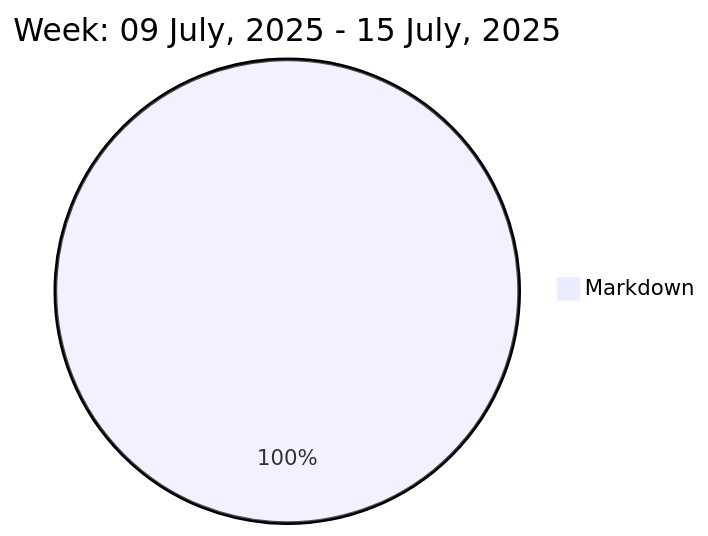
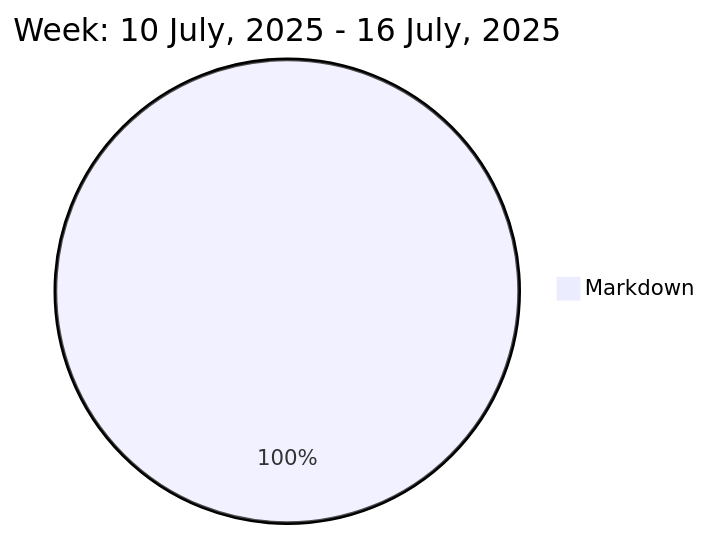
The diagram in README.md (liubin95/liubin95), drawn with Mermaid before and after one commit.

Commit message:
Updated the Graph with new Metrics

````diff
--- a/README.md
+++ b/README.md
@@ -37,5 +37,5 @@
 ```mermaid
  pie
-title Week: 09 July, 2025 - 15 July, 2025
- "Markdown" : 2.17
+title Week: 10 July, 2025 - 16 July, 2025
+ "Markdown" : 2.33
 ```
````
